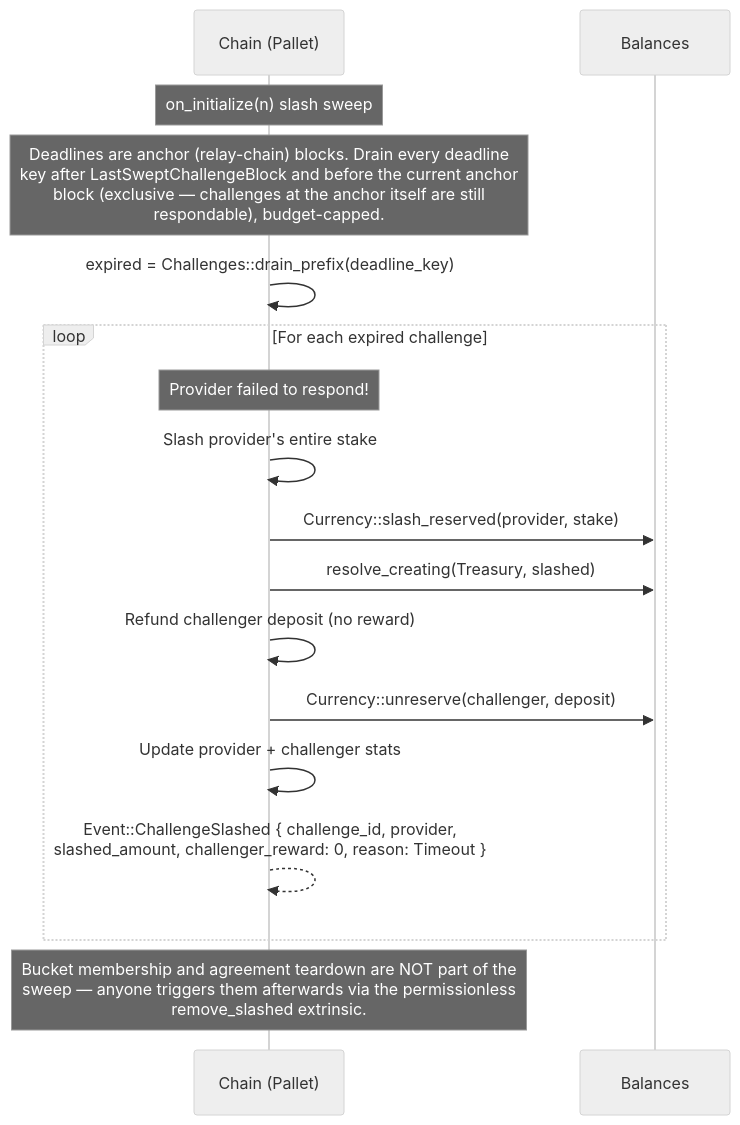
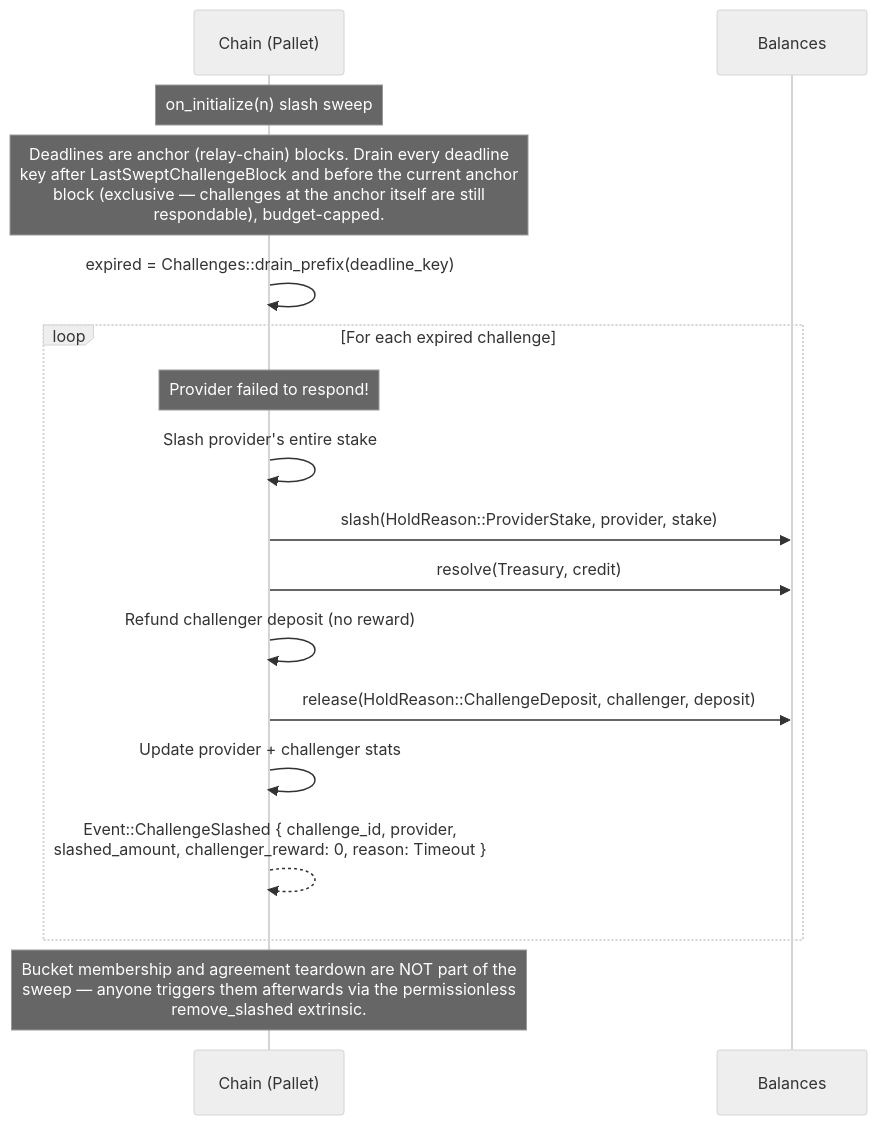
Diagram 11 of 13 in docs/reference/EXECUTION_FLOWS.md (paritytech/web3-storage), drawn with Mermaid (neutral theme) before and after one commit. The commit also changed other lines of this file and 20 other files, not shown here.

````diff
--- a/docs/reference/EXECUTION_FLOWS.md
+++ b/docs/reference/EXECUTION_FLOWS.md
@@ -507,28 +507,28 @@
 ```mermaid
 sequenceDiagram
     participant C as Chain (Pallet)
     participant B as Balances
 
     Note over C: on_initialize(n) slash sweep
 
     Note over C: Deadlines are anchor (relay-chain) blocks. Drain every deadline<br/>key after LastSweptChallengeBlock and before the current anchor<br/>block (exclusive — challenges at the anchor itself are still<br/>respondable), budget-capped.
 
     C->>C: expired = Challenges::drain_prefix(deadline_key)
 
     loop For each expired challenge
         Note over C: Provider failed to respond!
 
         C->>C: Slash provider's entire stake
-        C->>B: Currency::slash_reserved(provider, stake)
-        C->>B: resolve_creating(Treasury, slashed)
+        C->>B: slash(HoldReason::ProviderStake, provider, stake)
+        C->>B: resolve(Treasury, credit)
 
         C->>C: Refund challenger deposit (no reward)
-        C->>B: Currency::unreserve(challenger, deposit)
+        C->>B: release(HoldReason::ChallengeDeposit, challenger, deposit)
 
         C->>C: Update provider + challenger stats
 
         C-->>C: Event::ChallengeSlashed { challenge_id, provider,<br/>slashed_amount, challenger_reward: 0, reason: Timeout }
     end
 
     Note over C: Bucket membership and agreement teardown are NOT part of the<br/>sweep — anyone triggers them afterwards via the permissionless<br/>remove_slashed extrinsic.
 ```
````
